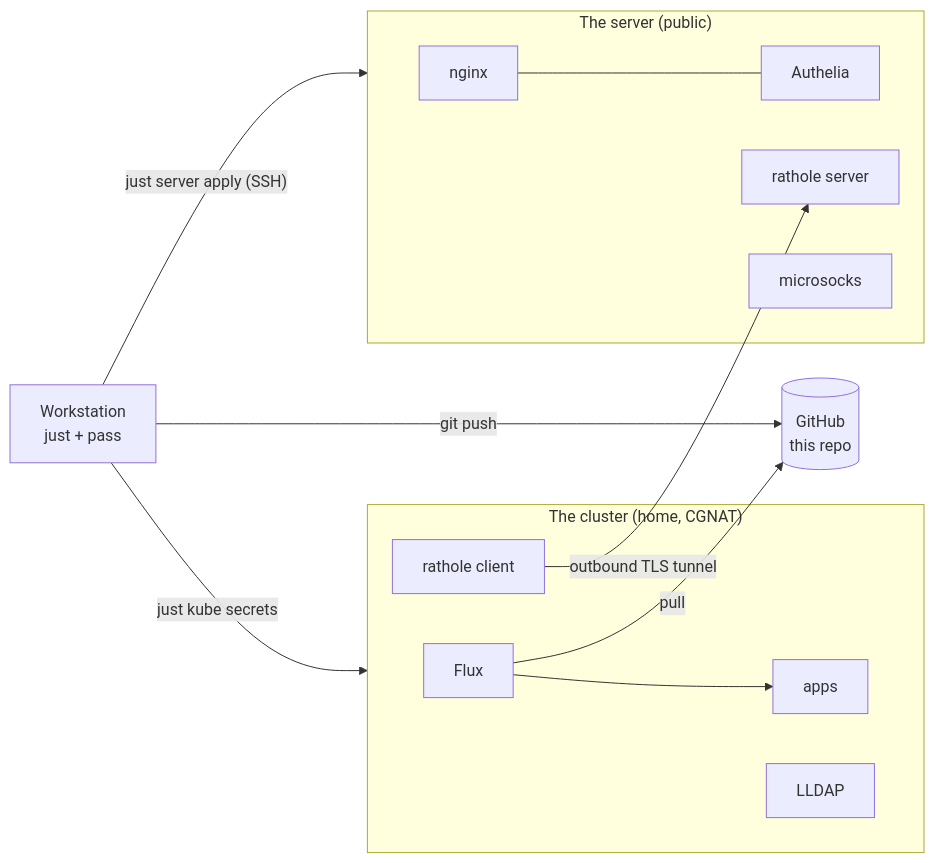
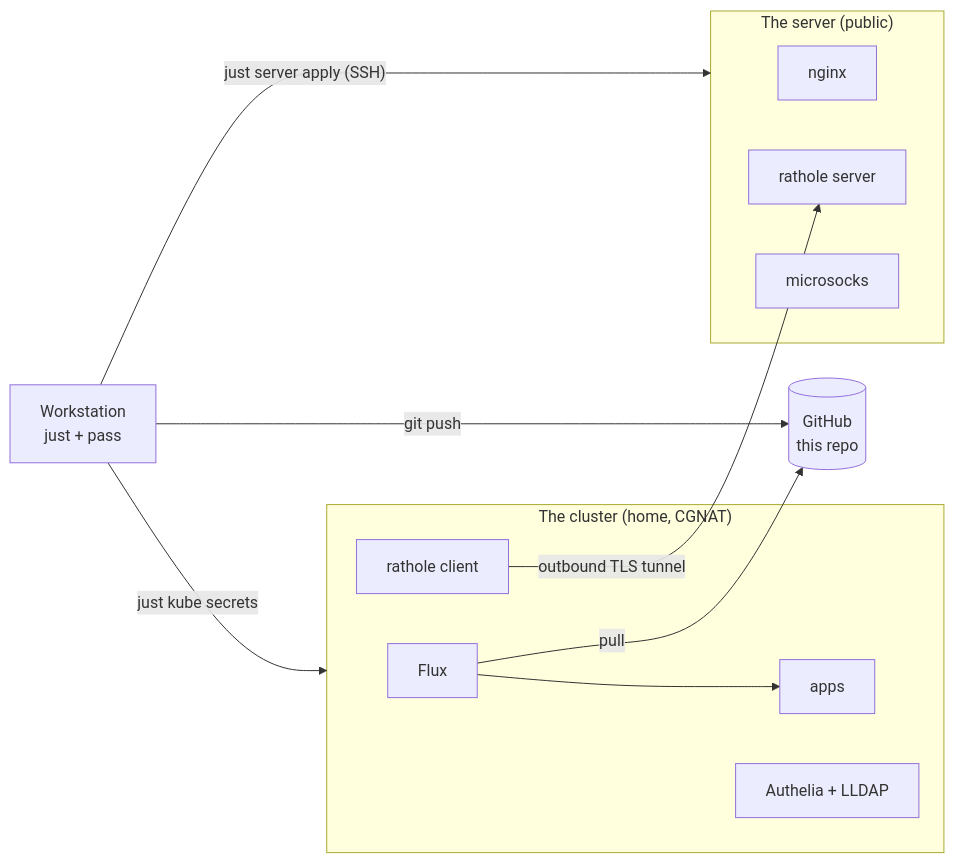
The first of 5 diagrams in docs/architecture.md (rafi/machines), drawn with Mermaid before and after one commit. The commit also changed other lines of this file and 23 other files, not shown here.

````diff
--- a/docs/architecture.md
+++ b/docs/architecture.md
@@ -14,20 +14,20 @@
 ```mermaid
 flowchart LR
   ws["Workstation<br/>just + pass"]
   gh[("GitHub<br/>this repo")]
   subgraph vps["The server (public)"]
-    nginx["nginx"] --- authelia["Authelia"]
+    nginx["nginx"]
     rs["rathole server"]
     socks["microsocks"]
   end
   subgraph home["The cluster (home, CGNAT)"]
     flux["Flux"] --> apps["apps"]
     rc["rathole client"]
-    lldap["LLDAP"]
+    auth["Authelia + LLDAP"]
   end
   ws -- "git push" --> gh
   flux -- "pull" --> gh
   ws -- "just server apply (SSH)" --> vps
   ws -- "just kube secrets" --> home
   rc -- "outbound TLS tunnel" --> rs
 ```
````
